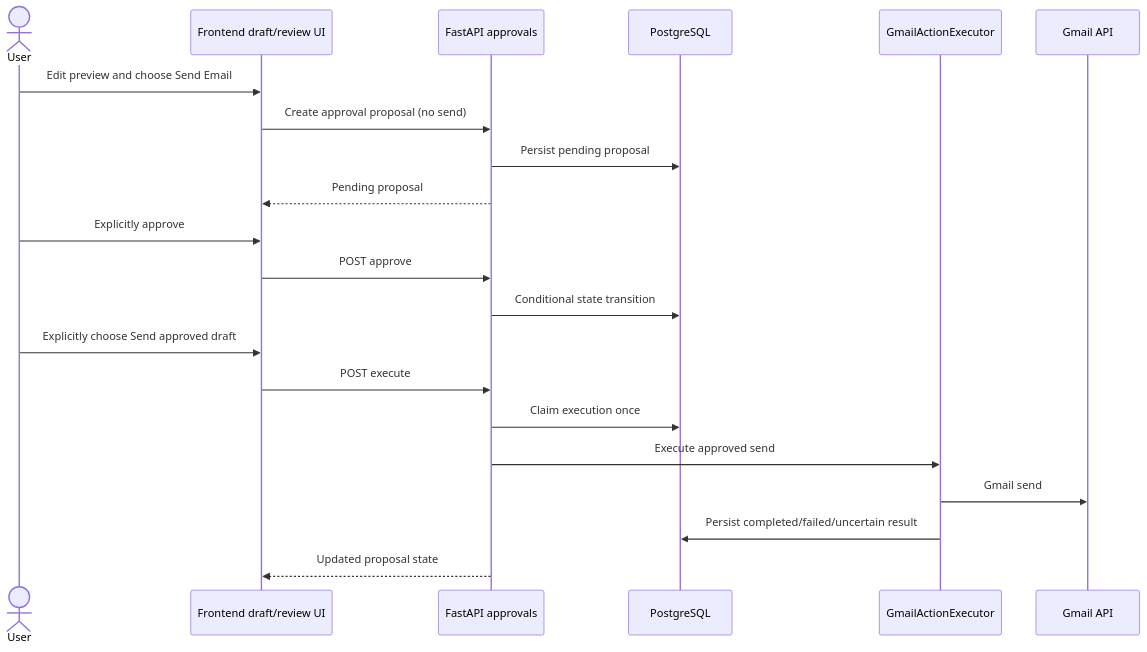
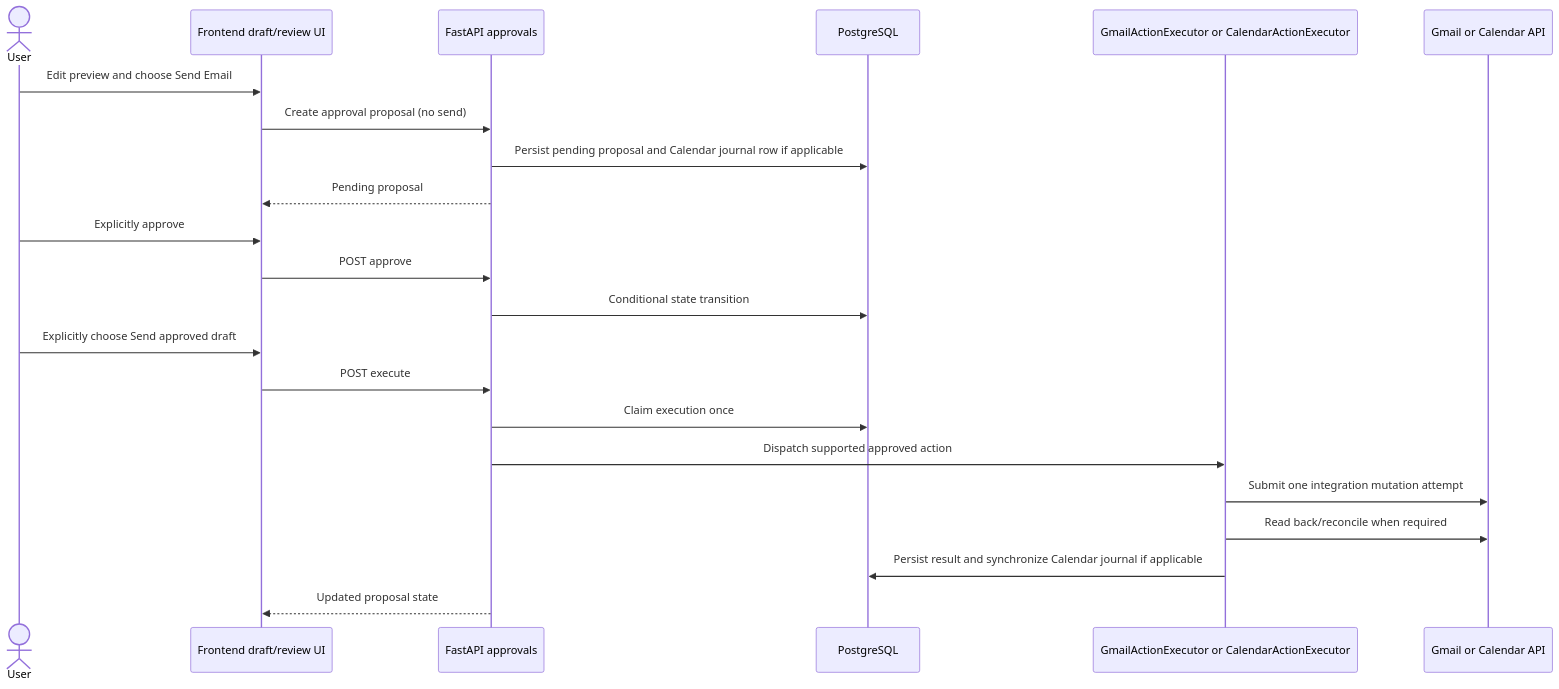
Before and after one commit to Subrata291291/Personal-AI-Assistant: the second of 2 diagrams in PROJECT_HANDOVER.md, drawn with Mermaid. The commit also changed other lines of this file and 1 other file, not shown here.

````diff
--- a/PROJECT_HANDOVER.md
+++ b/PROJECT_HANDOVER.md
@@ -155,23 +166,24 @@
 ```mermaid
 sequenceDiagram
   actor U as User
   participant UI as Frontend draft/review UI
   participant API as FastAPI approvals
   participant DB as PostgreSQL
-  participant X as GmailActionExecutor
-  participant G as Gmail API
+  participant X as GmailActionExecutor or CalendarActionExecutor
+  participant G as Gmail or Calendar API
   U->>UI: Edit preview and choose Send Email
   UI->>API: Create approval proposal (no send)
-  API->>DB: Persist pending proposal
+  API->>DB: Persist pending proposal and Calendar journal row if applicable
   API-->>UI: Pending proposal
   U->>UI: Explicitly approve
   UI->>API: POST approve
   API->>DB: Conditional state transition
   U->>UI: Explicitly choose Send approved draft
   UI->>API: POST execute
   API->>DB: Claim execution once
-  API->>X: Execute approved send
-  X->>G: Gmail send
-  X->>DB: Persist completed/failed/uncertain result
+  API->>X: Dispatch supported approved action
+  X->>G: Submit one integration mutation attempt
+  X->>G: Read back/reconcile when required
+  X->>DB: Persist result and synchronize Calendar journal if applicable
   API-->>UI: Updated proposal state
 ```
````
